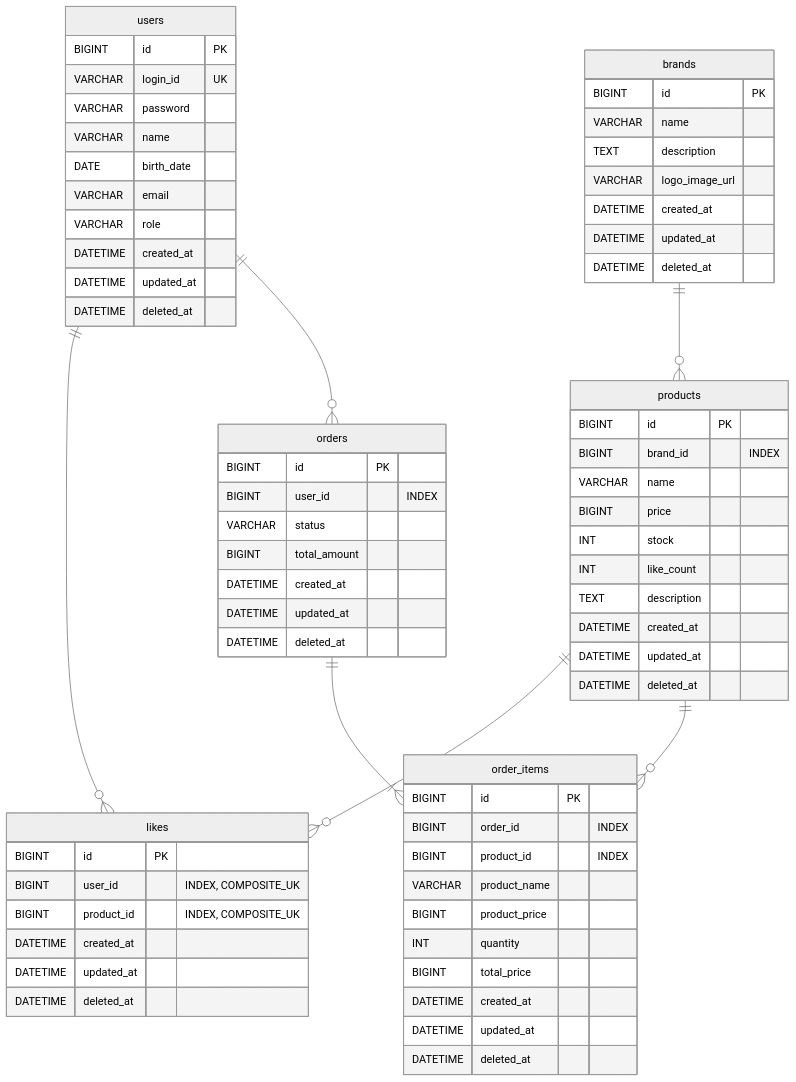
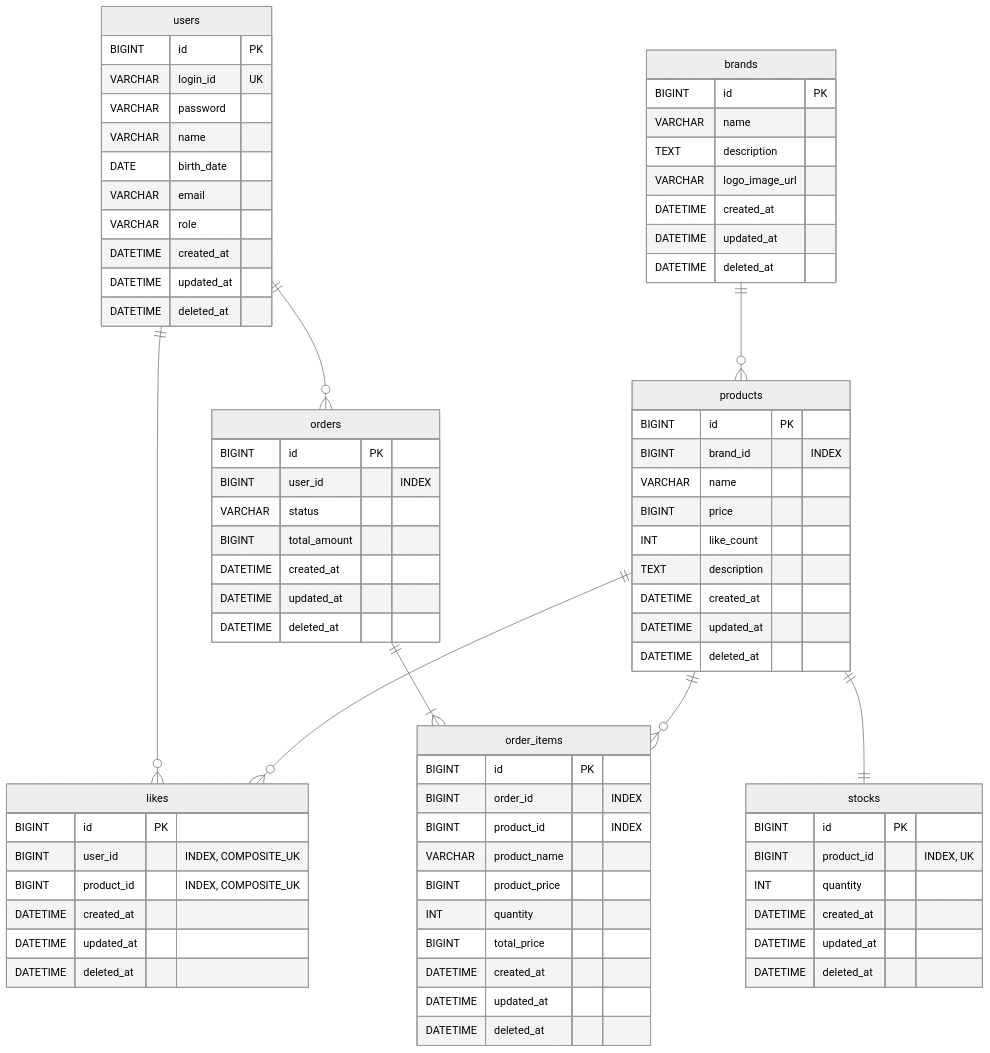
One commit to loopers-labs/loop-pack-be-l2-vol4-kotlin changed the diagram in docs/week2/04-erd.md. Above: the diagram before and after it, drawn with Mermaid (neutral theme). The commit also changed other lines of this file and 1 other file, not shown here.

Commit message:
docs : LikeCount / Product 리펙토링에 따른 설계 문서 수정

```diff
--- a/docs/week2/04-erd.md
+++ b/docs/week2/04-erd.md
@@ -50,9 +53,17 @@
         BIGINT brand_id "INDEX"
         VARCHAR name
         BIGINT price
-        INT stock
         INT like_count
         TEXT description
+        DATETIME created_at
+        DATETIME updated_at
+        DATETIME deleted_at
+    }
+
+    stocks {
+        BIGINT id PK
+        BIGINT product_id "INDEX, UK"
+        INT quantity
         DATETIME created_at
         DATETIME updated_at
         DATETIME deleted_at
@@ -91,6 +102,7 @@
     }
 
     brands ||--o{ products : ""
+    products ||--|| stocks : ""
     users ||--o{ likes : ""
     products ||--o{ likes : ""
     users ||--o{ orders : ""
```
